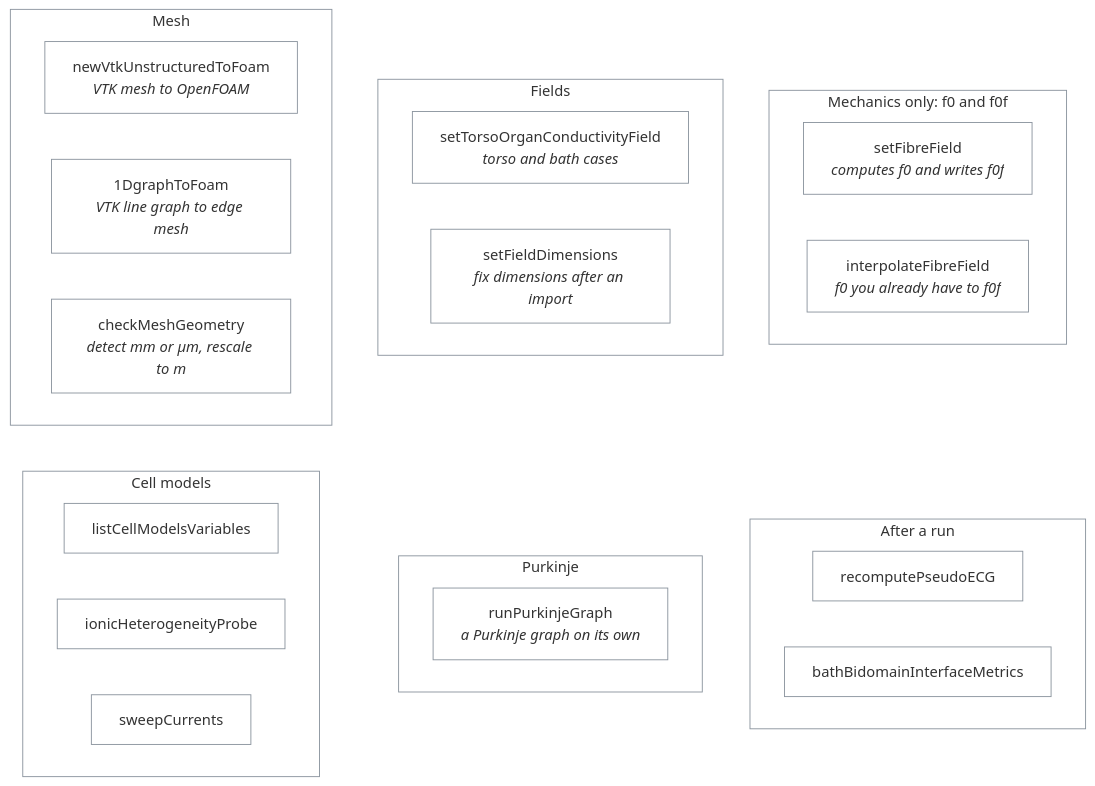
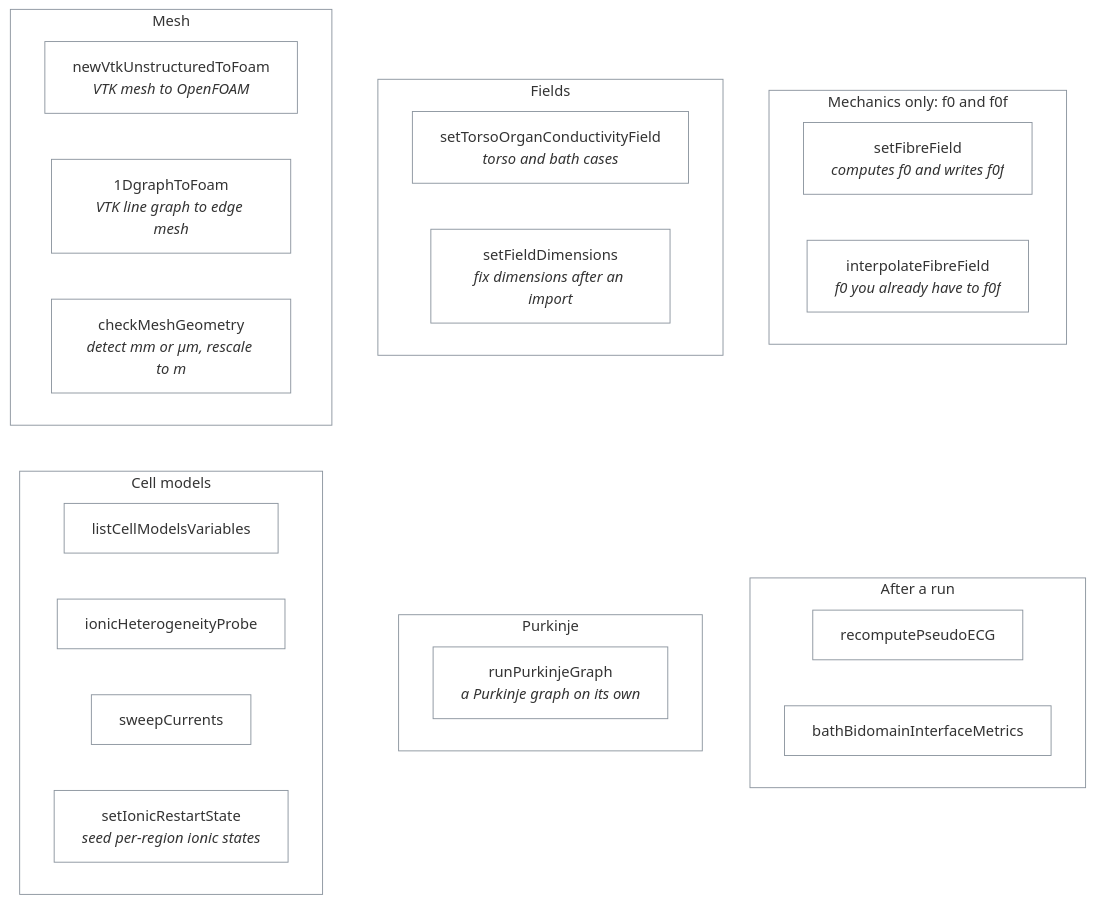
One commit to solids4foam/cardiacFoam changed the diagram in applications/utilities/README.md. Above: the diagram before and after it, drawn with Mermaid. The commit also changed other lines of this file and 15 other files, not shown here.

````diff
--- a/applications/utilities/README.md
+++ b/applications/utilities/README.md
@@ -5,38 +5,39 @@
 ```mermaid
 flowchart TB
     subgraph POST["After a run"]
         RE["recomputePseudoECG"]
         BI["bathBidomainInterfaceMetrics"]
     end
     subgraph PURK["Purkinje"]
         PG["runPurkinjeGraph<br/><i>a Purkinje graph on its own</i>"]
     end
     subgraph CELL["Cell models"]
         LV["listCellModelsVariables"]
         HP["ionicHeterogeneityProbe"]
         SW["sweepCurrents"]
+        SI["setIonicRestartState<br/><i>seed per-region ionic states</i>"]
     end
     subgraph MECH["Mechanics only: f0 and f0f"]
         SF["setFibreField<br/><i>computes f0 and writes f0f</i>"]
         IF["interpolateFibreField<br/><i>f0 you already have to f0f</i>"]
     end
     subgraph FLD["Fields"]
         TC["setTorsoOrganConductivityField<br/><i>torso and bath cases</i>"]
         SD["setFieldDimensions<br/><i>fix dimensions after an import</i>"]
     end
     subgraph MESH["Mesh"]
         V["newVtkUnstructuredToFoam<br/><i>VTK mesh to OpenFOAM</i>"]
         G["1DgraphToFoam<br/><i>VTK line graph to edge mesh</i>"]
         C["checkMeshGeometry<br/><i>detect mm or µm, rescale to m</i>"]
     end
     MESH ~~~ CELL
     FLD ~~~ PURK
     MECH ~~~ POST
     classDef default fill:none,stroke:#8b949e,stroke-width:1px
     style MESH fill:none,stroke:#8b949e
     style FLD fill:none,stroke:#8b949e
     style MECH fill:none,stroke:#8b949e
     style CELL fill:none,stroke:#8b949e
     style PURK fill:none,stroke:#8b949e
     style POST fill:none,stroke:#8b949e
 ```
````
